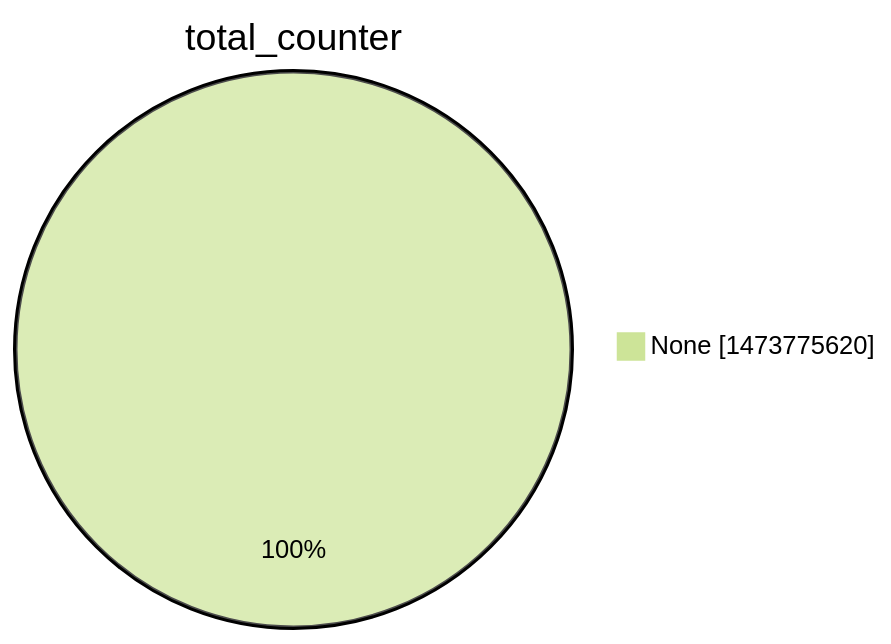
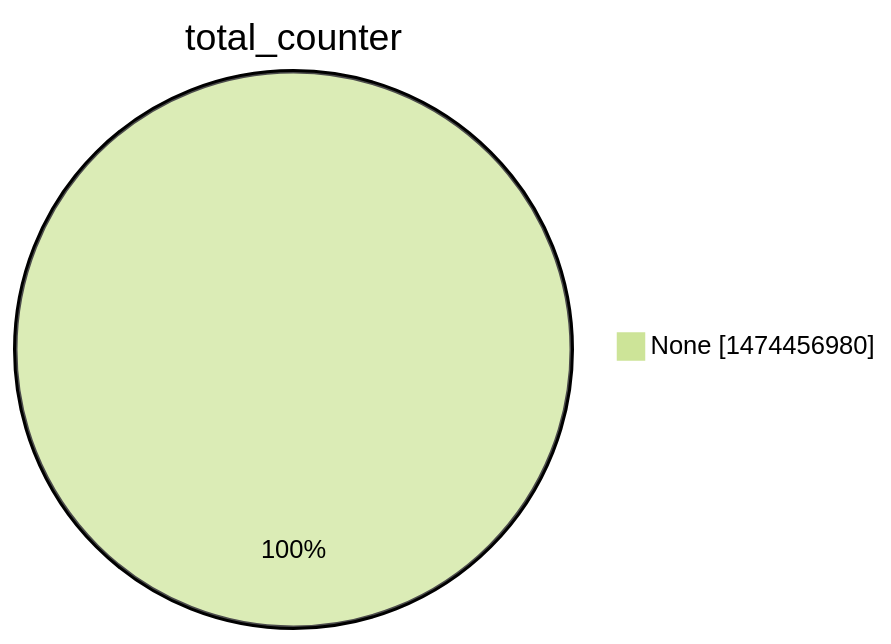
One commit to christiankrug/ctmonitor_visualization changed the second of 15 diagrams in argon2022/README.md. Above: the diagram before and after it, drawn with Mermaid (forest theme). The commit also changed other lines of this file, not shown here.

````diff
--- a/argon2022/README.md
+++ b/argon2022/README.md
@@ -9,5 +9,5 @@
 ```mermaid
 pie showData
 title total_counter
-"None" :1473775620
+"None" :1474456980
 ```
````
